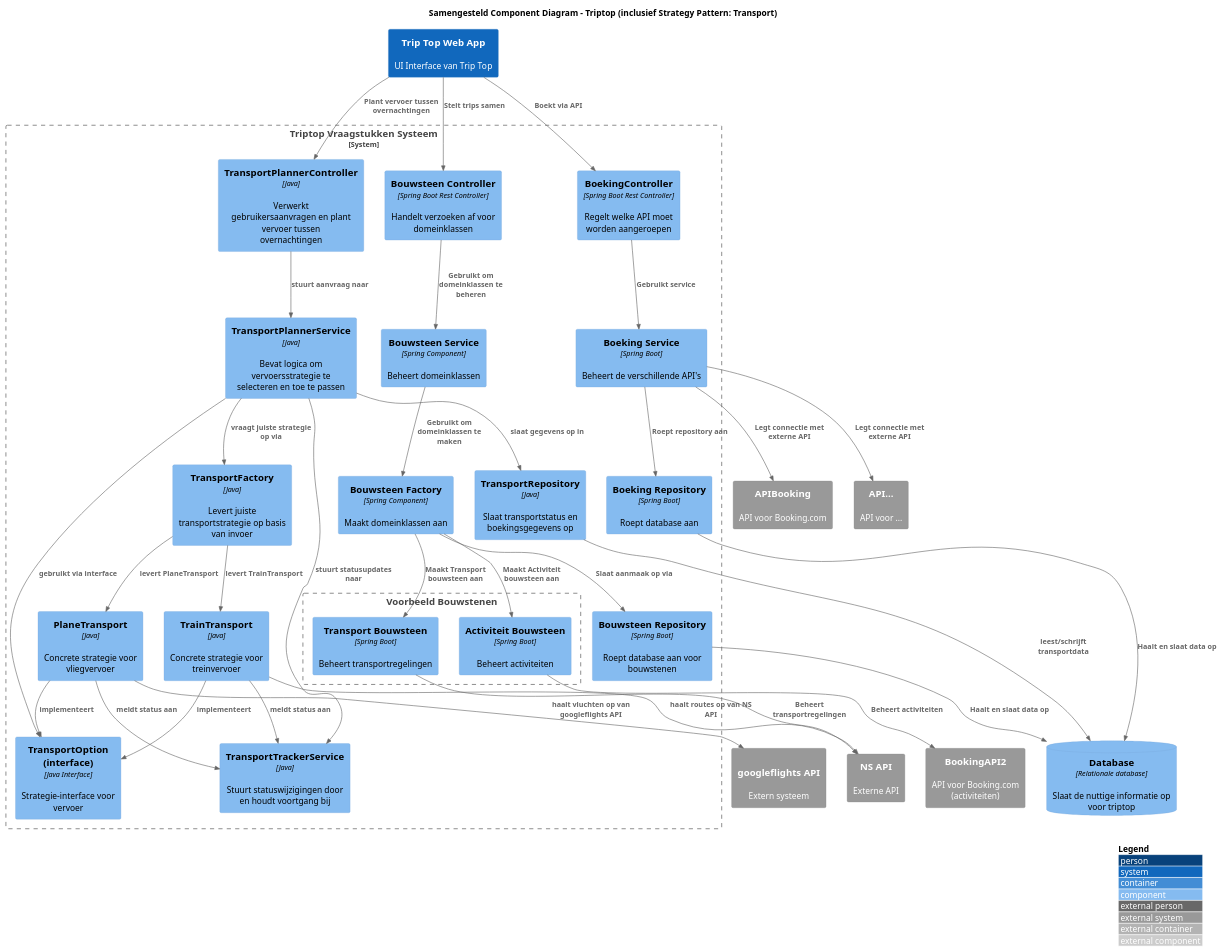
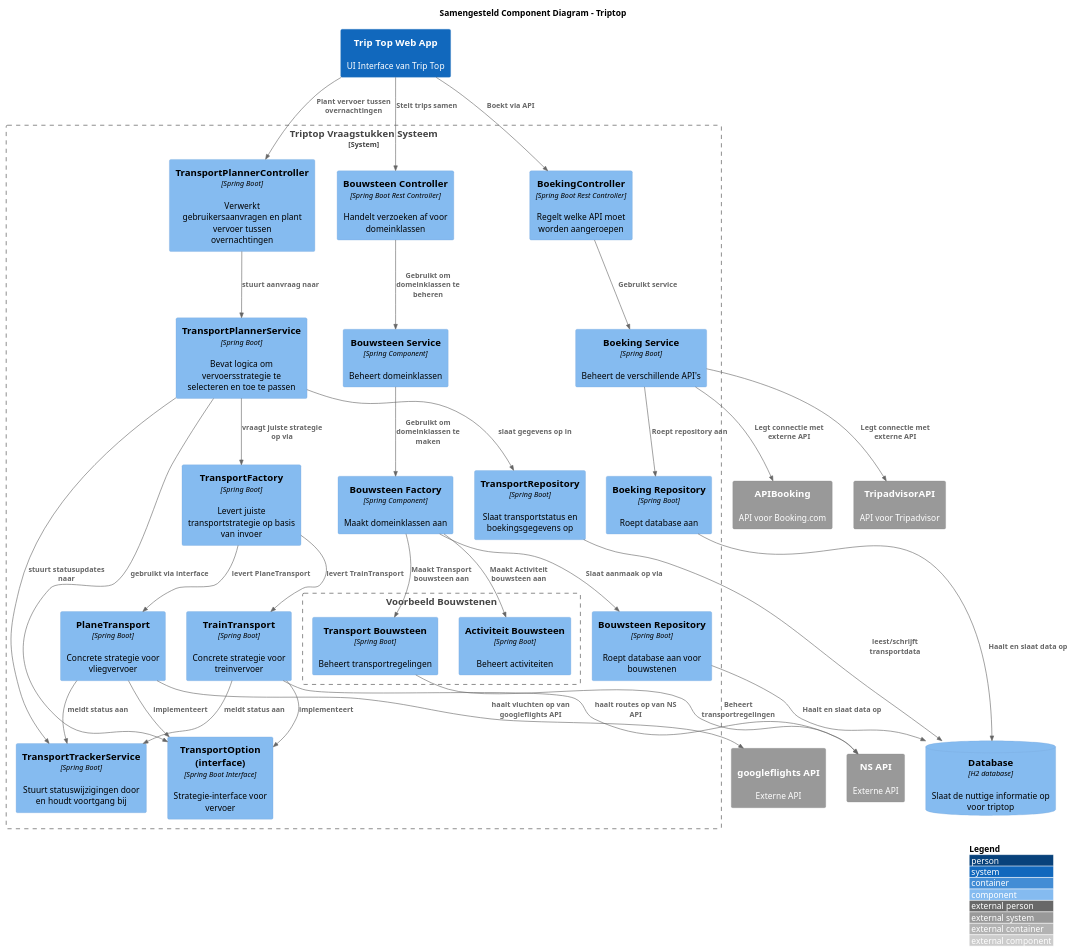
One commit to AIM-ENE-feb25/triptop-sqr-tech changed the diagram in Diagrammen/SamengevoegdeComponentDiagram.puml. Above: the diagram before and after it, drawn with PlantUML. The commit also changed 5 other files, not shown here.

Commit message:
Component en container diagram aangepast en toegevoegd

```diff
--- a/Diagrammen/SamengevoegdeComponentDiagram.puml
+++ b/Diagrammen/SamengevoegdeComponentDiagram.puml
@@ -1,91 +1,89 @@
 @startuml
 !include https://raw.githubusercontent.com/plantuml-stdlib/C4-PlantUML/master/C4_Component.puml
 LAYOUT_WITH_LEGEND()
 
-title Samengesteld Component Diagram – Triptop (inclusief Strategy Pattern: Transport)
+title Samengesteld Component Diagram – Triptop
 
 System(tts, "Trip Top Web App", "UI Interface van Trip Top")
 
 System_Boundary(triptop, "Triptop Vraagstukken Systeem") {
 
   ' Controllers
   Component(bouwsteen_controller, "Bouwsteen Controller", "Spring Boot Rest Controller", "Handelt verzoeken af voor domeinklassen")
   Component(boeking_controller, "BoekingController", "Spring Boot Rest Controller", "Regelt welke API moet worden aangeroepen")
 
   ' Services
   Component(boeking_service, "Boeking Service", "Spring Boot", "Beheert de verschillende API's")
   Component(bouwsteen_service, "Bouwsteen Service", "Spring Component", "Beheert domeinklassen")
   Component(boeking_repo, "Boeking Repository", "Spring Boot", "Roept database aan")
   Component(factory, "Bouwsteen Factory", "Spring Component", "Maakt domeinklassen aan")
   Component(bs_repo, "Bouwsteen Repository", "Spring Boot", "Roept database aan voor bouwstenen")
 
   Boundary(bouwstenen, "Voorbeeld Bouwstenen") {
     Component(bs_activiteit, "Activiteit Bouwsteen", "Spring Boot", "Beheert activiteiten")
     Component(bs_transport, "Transport Bouwsteen", "Spring Boot", "Beheert transportregelingen")
   }
 
   ' Transport – Strategy Pattern structuur
-  Component(tp_controller, "TransportPlannerController", "Java", "Verwerkt gebruikersaanvragen en plant vervoer tussen overnachtingen")
-  Component(tp_service, "TransportPlannerService", "Java", "Bevat logica om vervoersstrategie te selecteren en toe te passen")
-  Component(tp_factory, "TransportFactory", "Java", "Levert juiste transportstrategie op basis van invoer")
-  Component(tp_interface, "TransportOption (interface)", "Java Interface", "Strategie-interface voor vervoer")
+  Component(tp_controller, "TransportPlannerController", "Spring Boot", "Verwerkt gebruikersaanvragen en plant vervoer tussen overnachtingen")
+  Component(tp_service, "TransportPlannerService", "Spring Boot", "Bevat logica om vervoersstrategie te selecteren en toe te passen")
+  Component(tp_factory, "TransportFactory", "Spring Boot", "Levert juiste transportstrategie op basis van invoer")
+  Component(tp_interface, "TransportOption (interface)", "Spring Boot Interface", "Strategie-interface voor vervoer")
 
-  Component(tp_train, "TrainTransport", "Java", "Concrete strategie voor treinvervoer")
-  Component(tp_plane, "PlaneTransport", "Java", "Concrete strategie voor vliegvervoer")
+  Component(tp_train, "TrainTransport", "Spring Boot", "Concrete strategie voor treinvervoer")
+  Component(tp_plane, "PlaneTransport", "Spring Boot", "Concrete strategie voor vliegvervoer")
 
-  Component(tp_repo, "TransportRepository", "Java", "Slaat transportstatus en boekingsgegevens op")
-  Component(tp_tracker, "TransportTrackerService", "Java", "Stuurt statuswijzigingen door en houdt voortgang bij")
+  Component(tp_repo, "TransportRepository", "Spring Boot", "Slaat transportstatus en boekingsgegevens op")
+  Component(tp_tracker, "TransportTrackerService", "Spring Boot", "Stuurt statuswijzigingen door en houdt voortgang bij")
 }
 
 ' Database
-ComponentDb(tp_db, "Database", "Relationale database", "Slaat de nuttige informatie op voor triptop")
+ComponentDb(tp_db, "Database", "H2 database", "Slaat de nuttige informatie op voor triptop")
 
 ' Externe systemen
 System_Ext(api_booking, "APIBooking", "API voor Booking.com")
-System_Ext(api_..., "API...", "API voor ...")
+System_Ext(TripadvisorAPI, "TripadvisorAPI", "API voor Tripadvisor")
 System_Ext(NS, "NS API", "Externe API")
-System_Ext(BookingAPI2, "BookingAPI2", "API voor Booking.com (activiteiten)")
-System_Ext(googleflightsapi, "googleflights API", "Extern systeem", "Vluchten")
+System_Ext(googleflightsapi, "googleflights API", "Externe API", "Vluchten")
 
 ' Relaties algemene bouwstenen
 Rel(tts, boeking_controller, "Boekt via API")
 Rel(tts, bouwsteen_controller, "Stelt trips samen")
 
 Rel(bouwsteen_controller, bouwsteen_service, "Gebruikt om domeinklassen te beheren")
 Rel(bouwsteen_service, factory, "Gebruikt om domeinklassen te maken")
 Rel(factory, bs_repo, "Slaat aanmaak op via")
 Rel(factory, bs_transport, "Maakt Transport bouwsteen aan")
 Rel(factory, bs_activiteit, "Maakt Activiteit bouwsteen aan")
 Rel(bs_repo, tp_db, "Haalt en slaat data op")
 
 Rel(boeking_controller, boeking_service, "Gebruikt service")
 Rel(boeking_service, boeking_repo, "Roept repository aan")
 Rel(boeking_repo, tp_db, "Haalt en slaat data op")
 Rel(boeking_service, api_booking, "Legt connectie met externe API")
-Rel(boeking_service, api_..., "Legt connectie met externe API")
+Rel(boeking_service, "TripadvisorAPI", "Legt connectie met externe API")
 Rel(bs_transport, NS, "Beheert transportregelingen")
-Rel(bs_activiteit, BookingAPI2, "Beheert activiteiten")
 
 ' Transport – Strategy Pattern relaties
 Rel(tts, tp_controller, "Plant vervoer tussen overnachtingen")
 Rel(tp_controller, tp_service, "stuurt aanvraag naar")
 Rel(tp_service, tp_factory, "vraagt juiste strategie op via")
 
 Rel(tp_factory, tp_train, "levert TrainTransport")
 Rel(tp_factory, tp_plane, "levert PlaneTransport")
 
 Rel(tp_train, tp_interface, "implementeert")
 Rel(tp_plane, tp_interface, "implementeert")
 Rel(tp_service, tp_interface, "gebruikt via interface")
 
 Rel(tp_service, tp_repo, "slaat gegevens op in")
 Rel(tp_repo, tp_db, "leest/schrijft transportdata")
 Rel(tp_service, tp_tracker, "stuurt statusupdates naar")
 
 Rel(tp_train, tp_tracker, "meldt status aan")
 Rel(tp_plane, tp_tracker, "meldt status aan")
 
 Rel(tp_train, NS, "haalt routes op van NS API")
 Rel(tp_plane, googleflightsapi, "haalt vluchten op van googleflights API")
 
 @enduml
```
